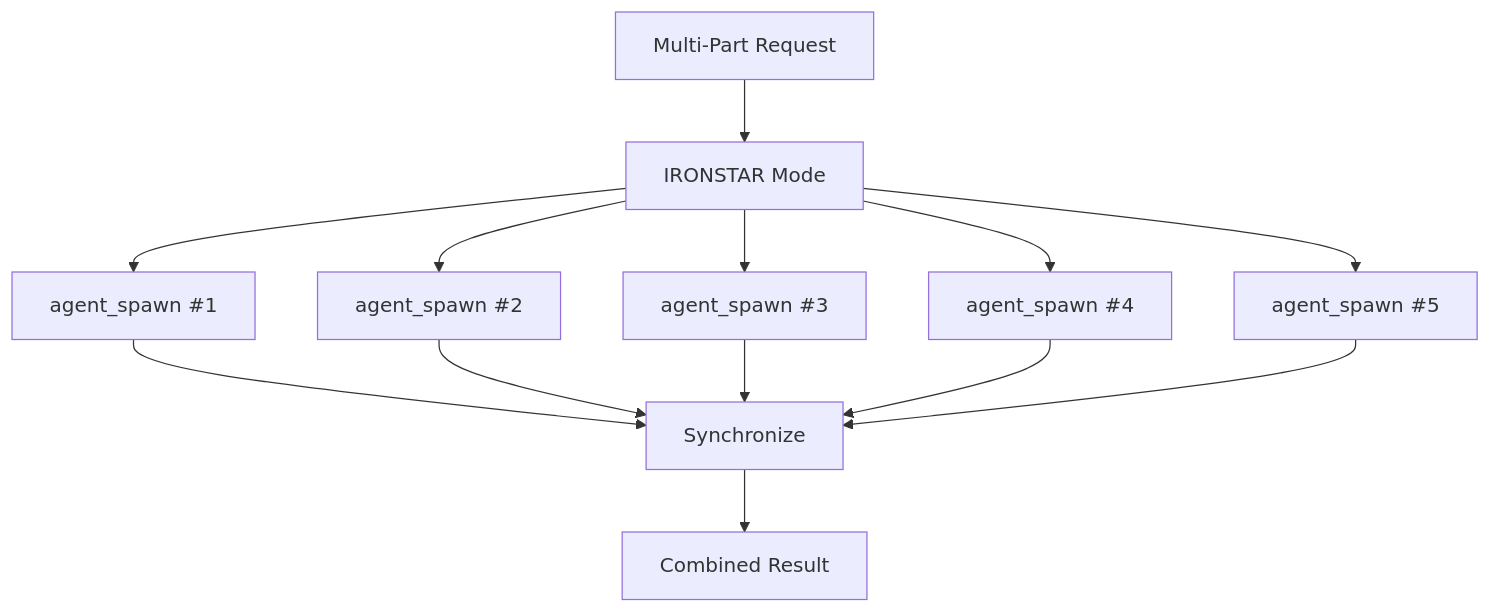
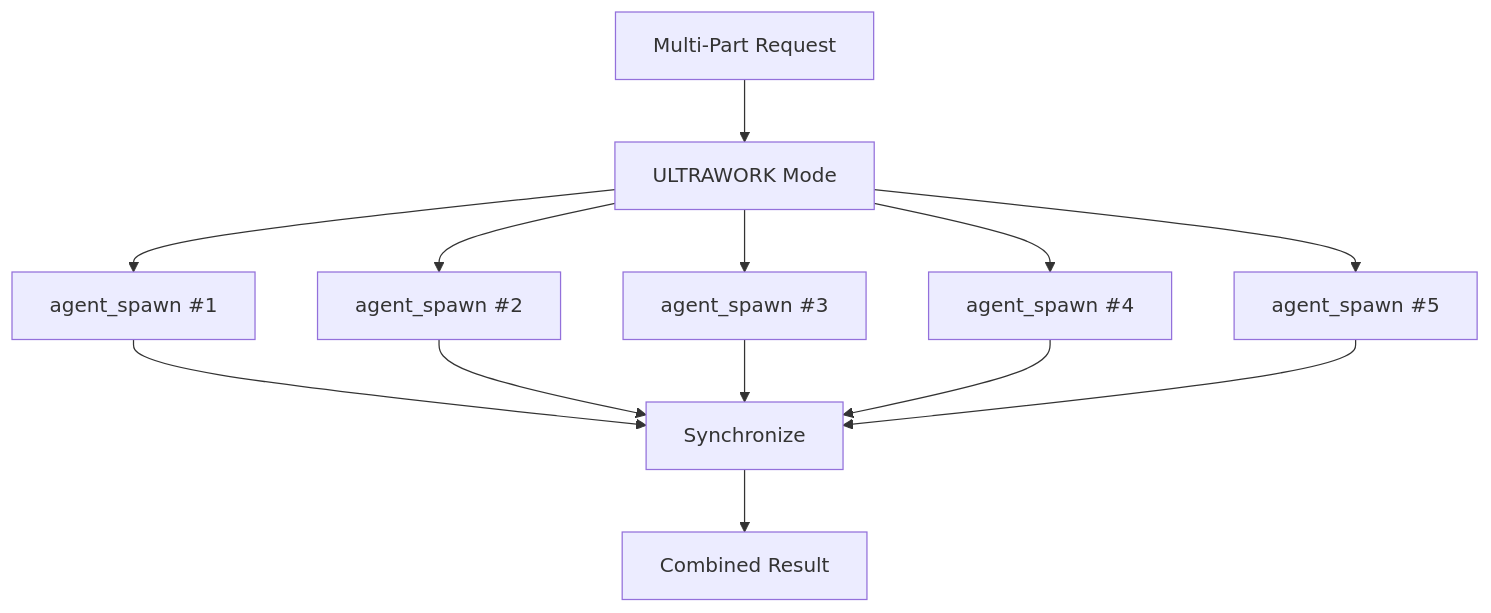
Diagram 11 of 12 in docs/AGENT_ORCHESTRATION.md (GratefulDave/stravinsky), drawn with Mermaid before and after one commit. The commit also changed other lines of this file and 47 other files, not shown here.

````diff
--- a/docs/AGENT_ORCHESTRATION.md
+++ b/docs/AGENT_ORCHESTRATION.md
@@ -324,13 +324,13 @@
 ```mermaid
 flowchart TB
-    REQ[Multi-Part Request] --> IS[IRONSTAR Mode]
+    REQ[Multi-Part Request] --> IS[ULTRAWORK Mode]
 
     IS --> SPAWN1[agent_spawn #1]
     IS --> SPAWN2[agent_spawn #2]
     IS --> SPAWN3[agent_spawn #3]
     IS --> SPAWN4[agent_spawn #4]
     IS --> SPAWN5[agent_spawn #5]
 
     SPAWN1 & SPAWN2 & SPAWN3 & SPAWN4 & SPAWN5 --> SYNC[Synchronize]
     SYNC --> RESULT[Combined Result]
 ```
````
